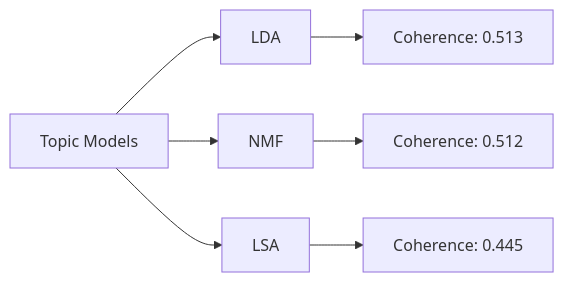
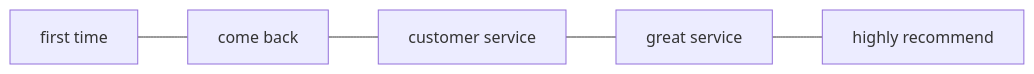
The fourth of 5 diagrams in README.md (MOSSAWIII/TopicModeling_Yelp), drawn with Mermaid before and after one commit. The commit also changed other lines of this file, not shown here.

````diff
--- a/README.md
+++ b/README.md
@@ -50,9 +141,7 @@
-```mermaid
-graph LR
-    A[Topic Models] --> B[LDA]
-    A --> C[NMF]
-    A --> D[LSA]
-    B --> E[Coherence: 0.513]
-    C --> F[Coherence: 0.512]
-    D --> G[Coherence: 0.445]
-```
+   ```mermaid
+   graph LR
+       A[first time] --- B[come back]
+       B --- C[customer service]
+       C --- D[great service]
+       D --- E[highly recommend]
+   ```
````
